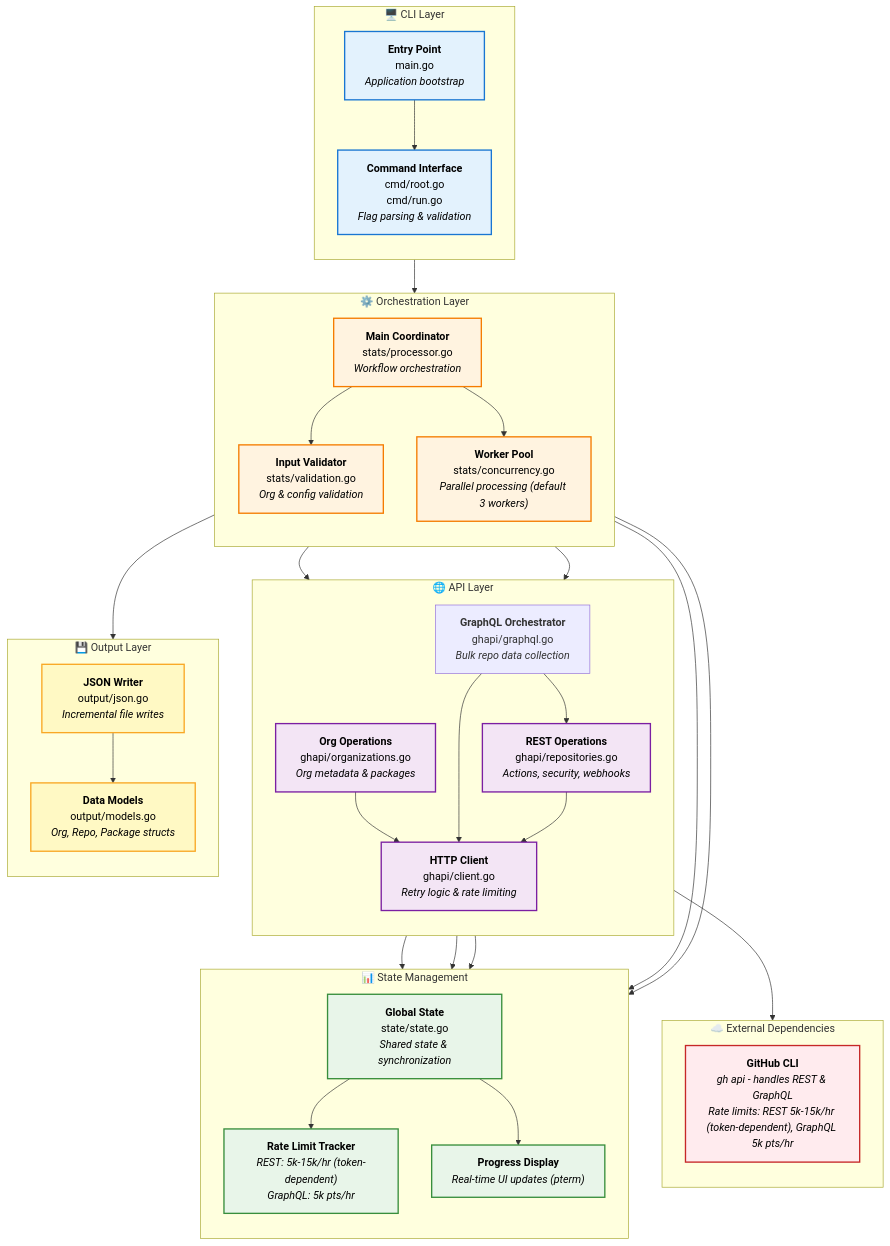
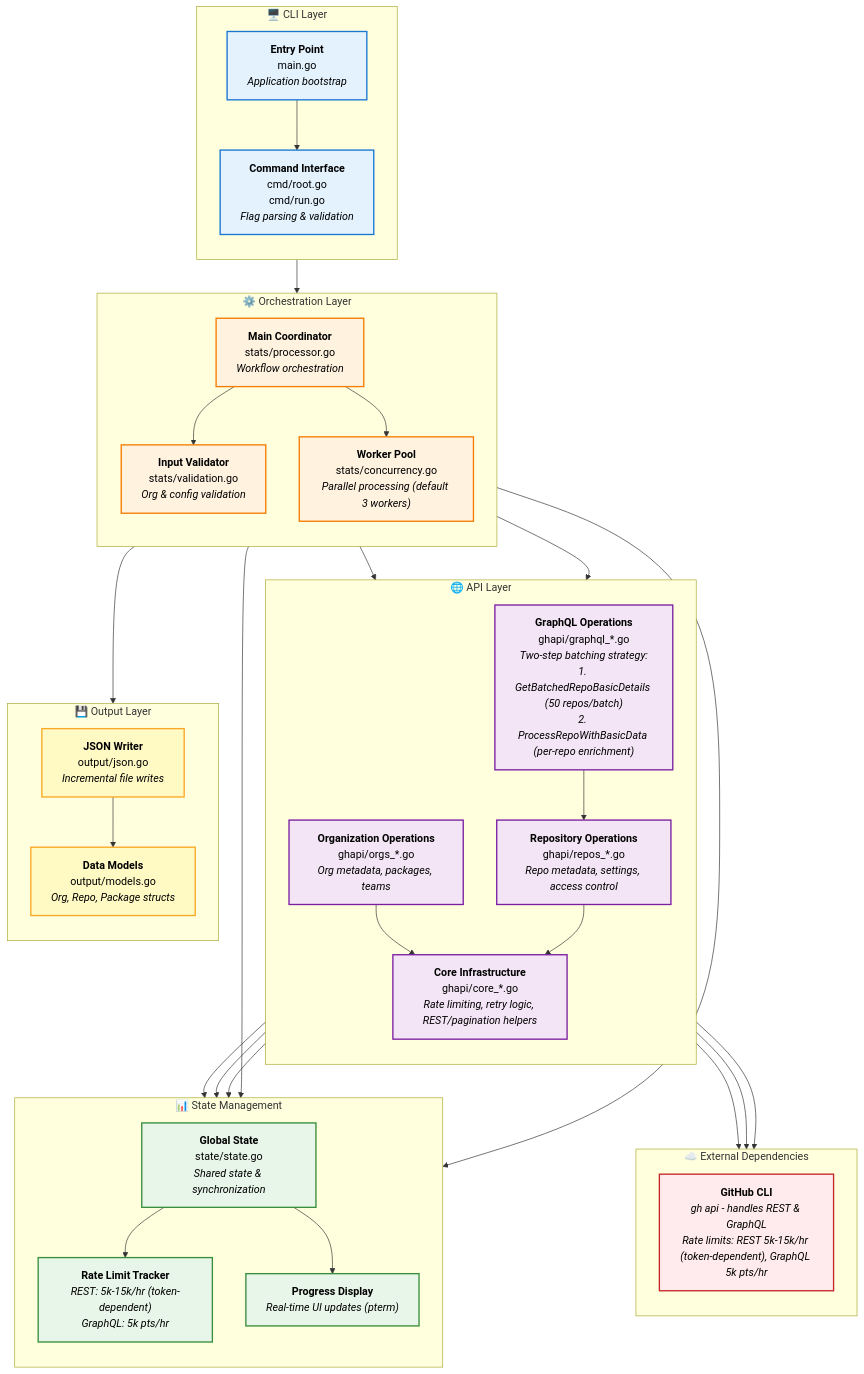
Before and after one commit to mona-actions/gh-stats: the diagram in README.md, drawn with Mermaid. The commit also changed other lines of this file and 32 other files, not shown here.

````diff
--- a/README.md
+++ b/README.md
@@ -517,79 +569,80 @@
 ```mermaid
 graph TB
     subgraph CLI["🖥️ CLI Layer"]
         direction TB
         MAIN["<b>Entry Point</b><br/>main.go<br/><i>Application bootstrap</i>"]
         CMD["<b>Command Interface</b><br/>cmd/root.go<br/>cmd/run.go<br/><i>Flag parsing & validation</i>"]
         MAIN --> CMD
     end
     
     subgraph ORCH["⚙️ Orchestration Layer"]
         direction TB
         PROC["<b>Main Coordinator</b><br/>stats/processor.go<br/><i>Workflow orchestration</i>"]
         CONC["<b>Worker Pool</b><br/>stats/concurrency.go<br/><i>Parallel processing (default 3 workers)</i>"]
         VALID["<b>Input Validator</b><br/>stats/validation.go<br/><i>Org & config validation</i>"]
     end
     
     subgraph API["🌐 API Layer"]
         direction TB
-        CLIENT["<b>HTTP Client</b><br/>ghapi/client.go<br/><i>Retry logic & rate limiting</i>"]
-        ORG["<b>Org Operations</b><br/>ghapi/organizations.go<br/><i>Org metadata & packages</i>"]
-        GRAPHQL["<b>GraphQL Orchestrator</b><br/>ghapi/graphql.go<br/><i>Bulk repo data collection</i>"]
-        REPOAPI["<b>REST Operations</b><br/>ghapi/repositories.go<br/><i>Actions, security, webhooks</i>"]
+        CORE["<b>Core Infrastructure</b><br/>ghapi/core_*.go<br/><i>Rate limiting, retry logic, REST/pagination helpers</i>"]
+        GRAPHQL["<b>GraphQL Operations</b><br/>ghapi/graphql_*.go<br/><i>Two-step batching strategy:<br/>1. GetBatchedRepoBasicDetails (50 repos/batch)<br/>2. ProcessRepoWithBasicData (per-repo enrichment)</i>"]
+        ORG["<b>Organization Operations</b><br/>ghapi/orgs_*.go<br/><i>Org metadata, packages, teams</i>"]
+        REPO["<b>Repository Operations</b><br/>ghapi/repos_*.go<br/><i>Repo metadata, settings, access control</i>"]
     end
     
     subgraph STATE["📊 State Management"]
         direction TB
         GLOBAL["<b>Global State</b><br/>state/state.go<br/><i>Shared state & synchronization</i>"]
         RATE["<b>Rate Limit Tracker</b><br/><i>REST: 5k-15k/hr (token-dependent)<br/>GraphQL: 5k pts/hr</i>"]
         PROGRESS["<b>Progress Display</b><br/><i>Real-time UI updates (pterm)</i>"]
     end
     
     subgraph OUTPUT["💾 Output Layer"]
         direction TB
         MODELS["<b>Data Models</b><br/>output/models.go<br/><i>Org, Repo, Package structs</i>"]
         JSON["<b>JSON Writer</b><br/>output/json.go<br/><i>Incremental file writes</i>"]
     end
     
     subgraph EXT["☁️ External Dependencies"]
         direction TB
         GHCLI["<b>GitHub CLI</b><br/><i>gh api - handles REST & GraphQL<br/>Rate limits: REST 5k-15k/hr (token-dependent), GraphQL 5k pts/hr</i>"]
     end
     
     CMD --> PROC
     PROC --> VALID
     PROC --> ORG
     PROC --> CONC
     CONC --> GRAPHQL
     
-    ORG --> CLIENT
-    GRAPHQL --> CLIENT
-    GRAPHQL --> REPOAPI
-    REPOAPI --> CLIENT
-    CLIENT --> GHCLI
+    ORG --> CORE
+    ORG --> GHCLI
+    GRAPHQL --> GHCLI
+    GRAPHQL --> REPO
+    REPO --> CORE
+    CORE --> GHCLI
     
     PROC --> GLOBAL
     CONC --> GLOBAL
     ORG --> GLOBAL
     GRAPHQL --> GLOBAL
-    REPOAPI --> GLOBAL
+    REPO --> GLOBAL
     GLOBAL --> RATE
     GLOBAL --> PROGRESS
     
     CONC --> JSON
     JSON --> MODELS
     
     classDef cliStyle fill:#e3f2fd,stroke:#1976d2,stroke-width:2px,color:#000
     classDef orchStyle fill:#fff3e0,stroke:#f57c00,stroke-width:2px,color:#000
     classDef apiStyle fill:#f3e5f5,stroke:#7b1fa2,stroke-width:2px,color:#000
     classDef stateStyle fill:#e8f5e9,stroke:#388e3c,stroke-width:2px,color:#000
     classDef outputStyle fill:#fff9c4,stroke:#f9a825,stroke-width:2px,color:#000
     classDef extStyle fill:#ffebee,stroke:#c62828,stroke-width:2px,color:#000
     
     class MAIN,CMD cliStyle
-    class PROC,CONC,REPO,VALID orchStyle
-    class CLIENT,ORG,REPOAPI apiStyle
+    class PROC,CONC,VALID orchStyle
+    class CORE,GRAPHQL,ORG,REPO apiStyle
     class GLOBAL,RATE,PROGRESS stateStyle
     class MODELS,JSON outputStyle
     class GHCLI extStyle
 ```
````
